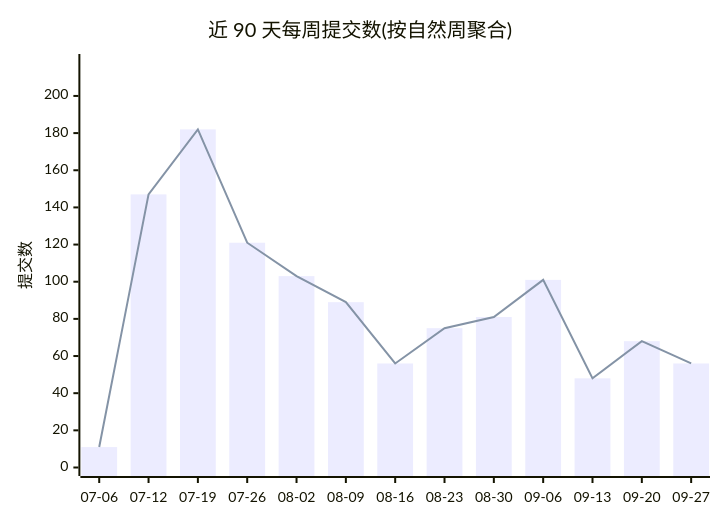
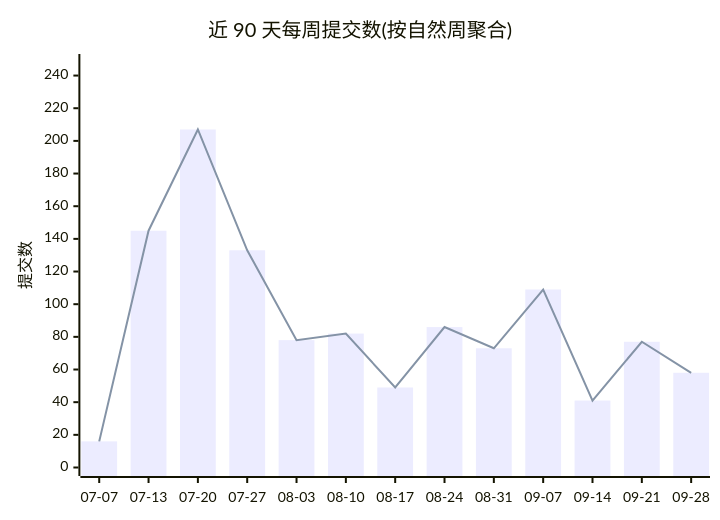
One commit to Conflux-Union/.github changed the first of 2 diagrams in profile/README.md. Above: the diagram before and after it, drawn with Mermaid. The commit also changed other lines of this file and 1 other file, not shown here.

````diff
--- a/profile/README.md
+++ b/profile/README.md
@@ -44,8 +44,8 @@
 ```mermaid
 xychart-beta
     title "近 90 天每周提交数(按自然周聚合)"
-    x-axis ["07-06", "07-12", "07-19", "07-26", "08-02", "08-09", "08-16", "08-23", "08-30", "09-06", "09-13", "09-20", "09-27"]
-    y-axis "提交数" 0 --> 218
-    bar [11, 147, 182, 121, 103, 89, 56, 75, 81, 101, 48, 68, 56]
-    line [11, 147, 182, 121, 103, 89, 56, 75, 81, 101, 48, 68, 56]
+    x-axis ["07-07", "07-13", "07-20", "07-27", "08-03", "08-10", "08-17", "08-24", "08-31", "09-07", "09-14", "09-21", "09-28"]
+    y-axis "提交数" 0 --> 248
+    bar [16, 145, 207, 133, 78, 82, 49, 86, 73, 109, 41, 77, 58]
+    line [16, 145, 207, 133, 78, 82, 49, 86, 73, 109, 41, 77, 58]
 ```
````
